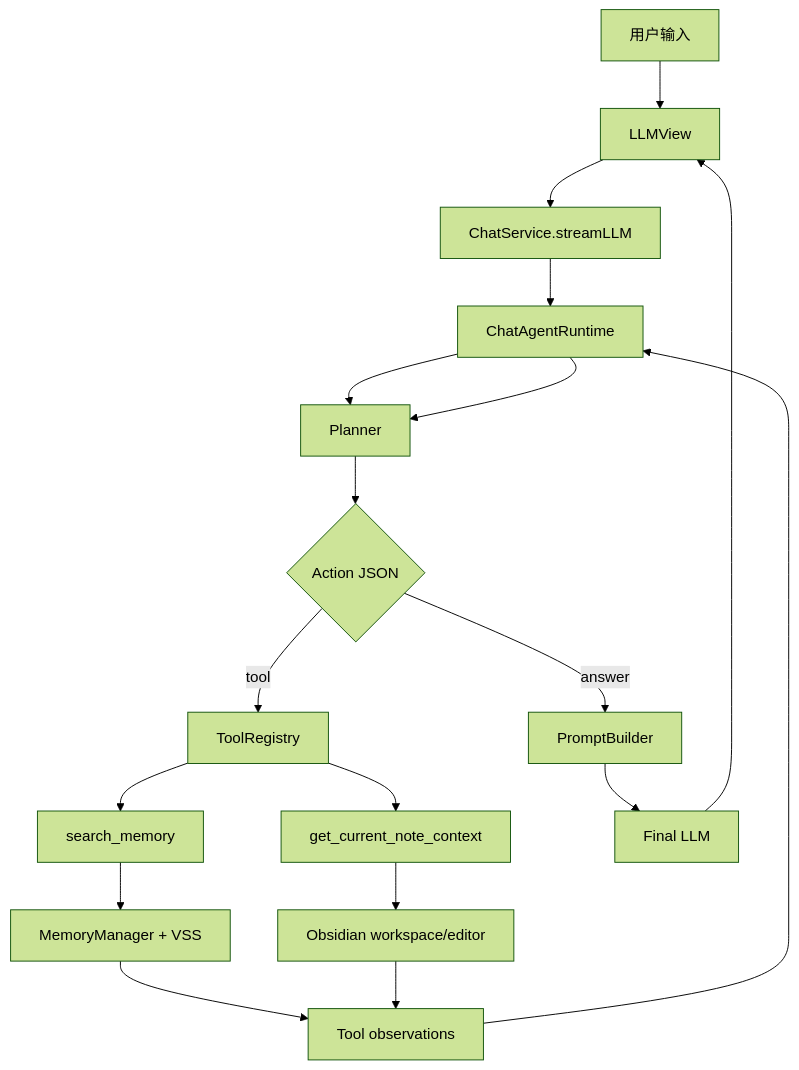
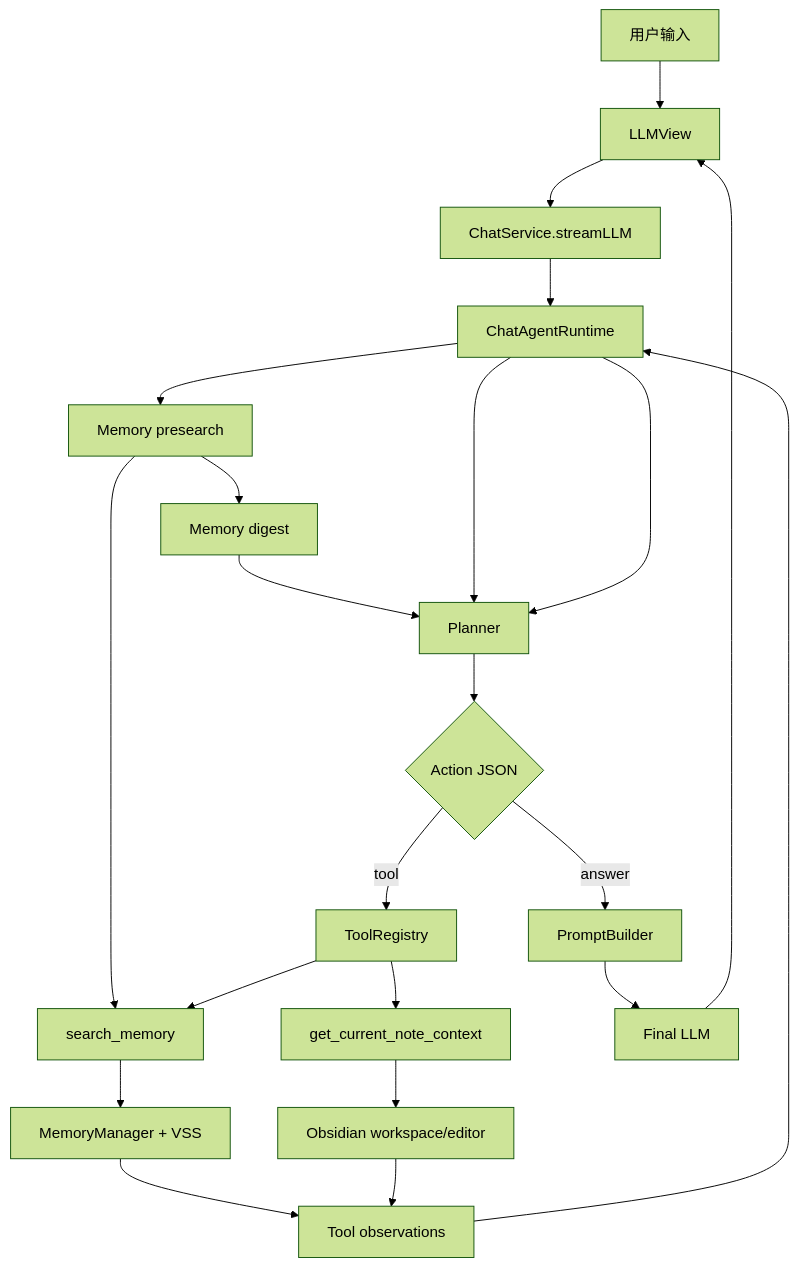
Before and after one commit to edonyzpc/personal-assistant: the diagram in docs/chat-agent-phase2-readonly-tools-plan.md, drawn with Mermaid (forest theme). The commit also changed other lines of this file and 3 other files, not shown here.

````diff
--- a/docs/chat-agent-phase2-readonly-tools-plan.md
+++ b/docs/chat-agent-phase2-readonly-tools-plan.md
@@ -45,20 +45,24 @@
 ```mermaid
 flowchart TD
   User["用户输入"] --> UI["LLMView"]
   UI --> Service["ChatService.streamLLM"]
   Service --> Runtime["ChatAgentRuntime"]
-  Runtime --> Planner["Planner"]
+  Runtime --> Presearch["Memory presearch"]
+  Presearch --> MemoryTool["search_memory"]
+  MemoryTool --> MemoryLayer["MemoryManager + VSS"]
+  Presearch --> Digest["Memory digest"]
+  Digest --> Planner["Planner"]
+  Runtime --> Planner
   Planner --> Action{"Action JSON"}
   Action -->|answer| Prompt["PromptBuilder"]
   Action -->|tool| Registry["ToolRegistry"]
-  Registry --> MemoryTool["search_memory"]
+  Registry --> MemoryTool
   Registry --> CurrentNoteTool["get_current_note_context"]
-  MemoryTool --> MemoryLayer["MemoryManager + VSS"]
   CurrentNoteTool --> Obsidian["Obsidian workspace/editor"]
   MemoryLayer --> Observation["Tool observations"]
   Obsidian --> Observation
   Observation --> Runtime
   Runtime --> Planner
   Prompt --> FinalLLM["Final LLM"]
   FinalLLM --> UI
 ```
````
